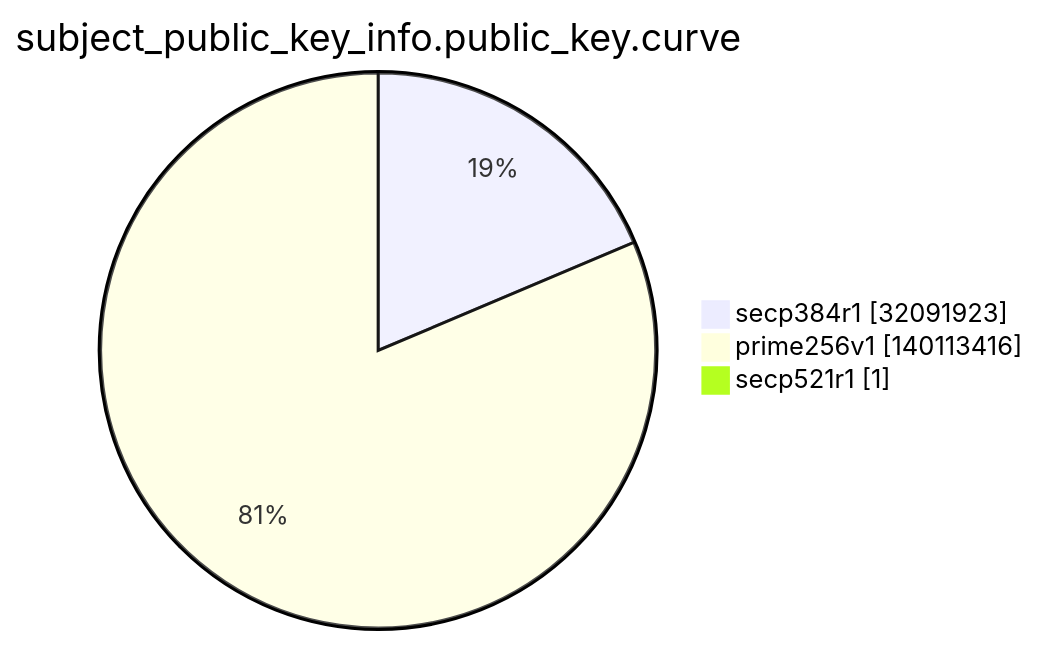
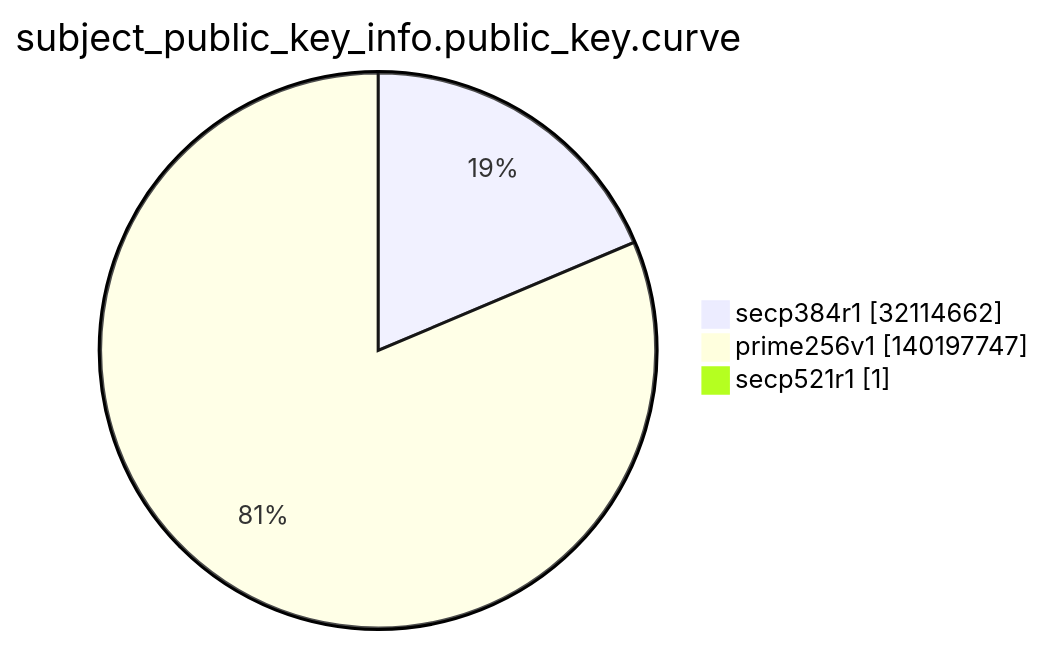
One commit to christiankrug/ctmonitor_visualization changed the ninth of 15 diagrams in argon2022/README.md. Above: the diagram before and after it, drawn with Mermaid. The commit also changed other lines of this file, not shown here.

````diff
--- a/argon2022/README.md
+++ b/argon2022/README.md
@@ -2762,7 +2762,7 @@
 ```mermaid
 pie showData
 title subject_public_key_info.public_key.curve
-"secp384r1" :32091923
-"prime256v1" :140113416
+"secp384r1" :32114662
+"prime256v1" :140197747
 "secp521r1" :1
 ```
````
